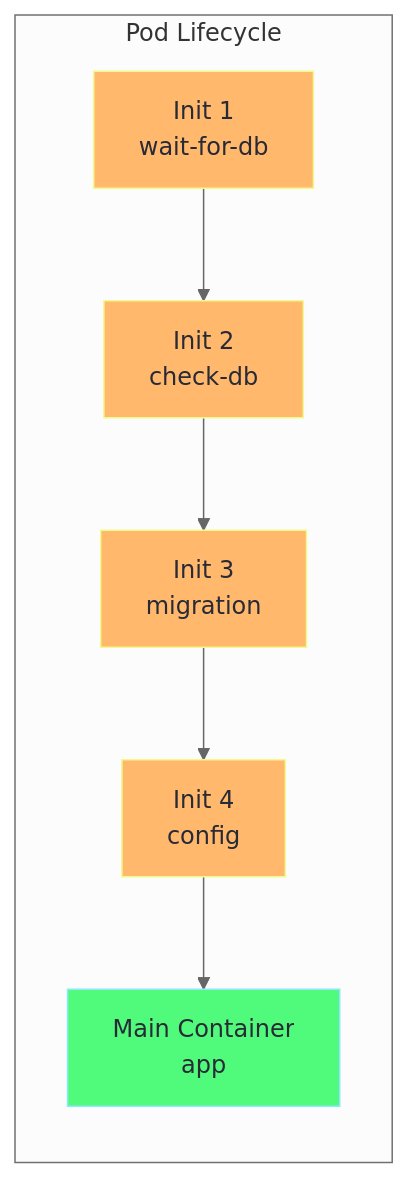
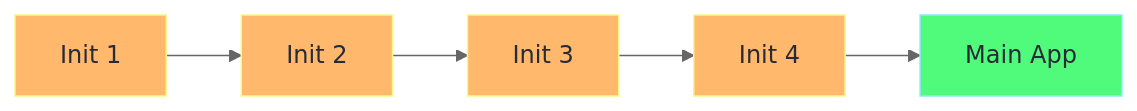
The first of 5 diagrams in Workload_and_Application_Management/init-containers-explained.md (selvakumarperumal/k8s_minikube_learn), drawn with Mermaid (neutral theme) before and after one commit. The commit also changed other lines of this file, not shown here.

First line of the commit message:
docs: simplify init containers explanation with practical focus

````diff
--- a/Workload_and_Application_Management/init-containers-explained.md
+++ b/Workload_and_Application_Management/init-containers-explained.md
@@ -7,15 +7,10 @@
 ```mermaid
 flowchart LR
-    subgraph Pod["Pod Lifecycle"]
-        I1["Init 1<br/>wait-for-db"] --> I2["Init 2<br/>check-db"]
-        I2 --> I3["Init 3<br/>migration"]
-        I3 --> I4["Init 4<br/>config"]
-        I4 --> Main["Main Container<br/>app"]
-    end
+    I1["Init 1"] --> I2["Init 2"] --> I3["Init 3"] --> I4["Init 4"] --> Main["Main App"]
     
     style I1 fill:#ffb86c,stroke:#f1fa8c,color:#282a36
     style I2 fill:#ffb86c,stroke:#f1fa8c,color:#282a36
     style I3 fill:#ffb86c,stroke:#f1fa8c,color:#282a36
     style I4 fill:#ffb86c,stroke:#f1fa8c,color:#282a36
     style Main fill:#50fa7b,stroke:#8be9fd,color:#282a36
 ```
````
